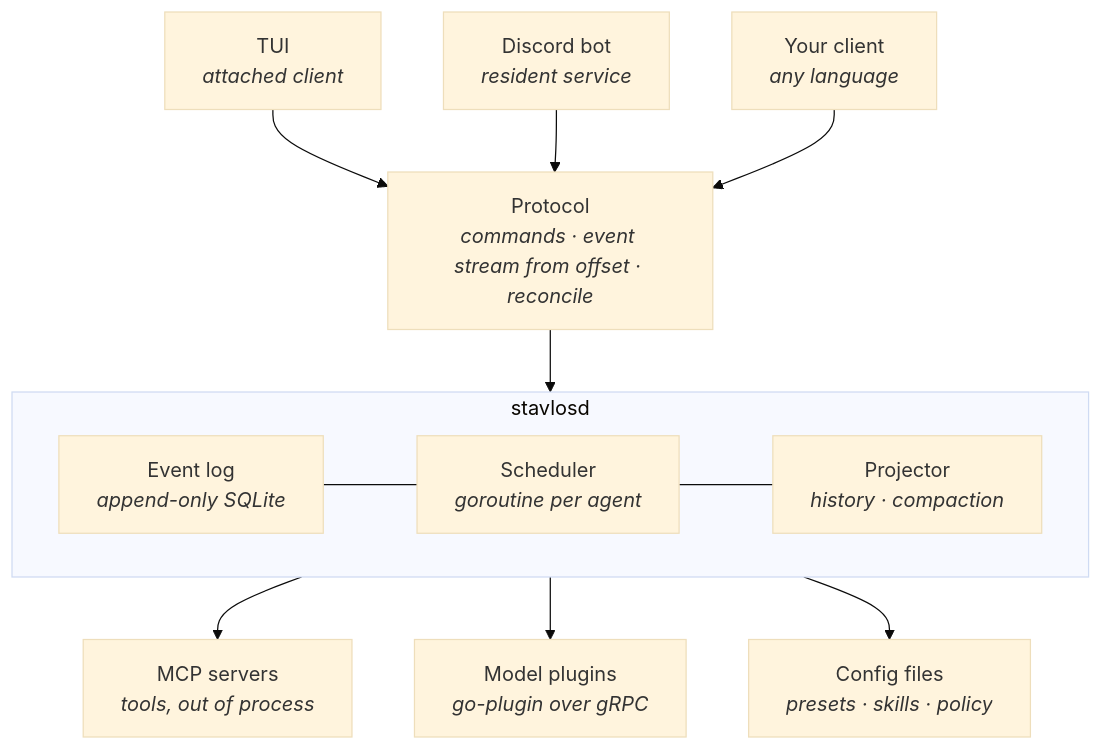
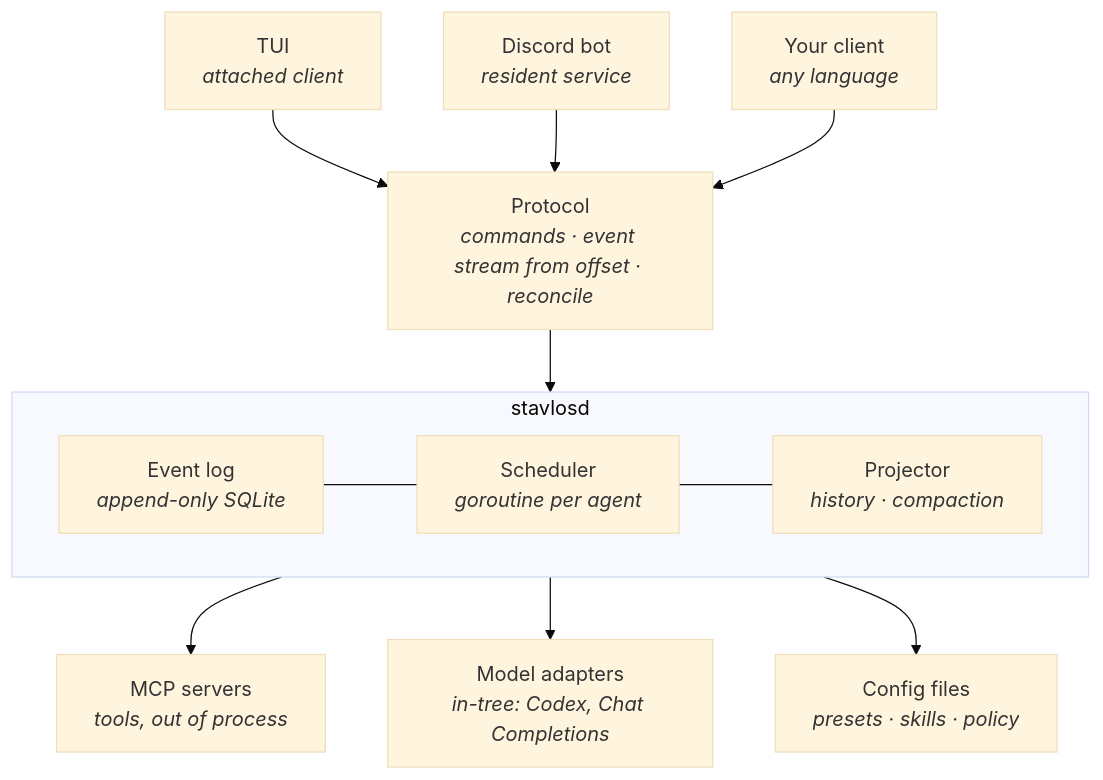
Before and after one commit to nicodes/stavlos: the first of 4 diagrams in docs/stavlos-prd.md, drawn with Mermaid (base theme). The commit also changed other lines of this file and 1 other file, not shown here.

````diff
--- a/docs/stavlos-prd.md
+++ b/docs/stavlos-prd.md
@@ -52,25 +52,25 @@
 ```mermaid
 flowchart TD
     TUI["TUI<br/><i>attached client</i>"]
     DISCORD["Discord bot<br/><i>resident service</i>"]
     OTHER["Your client<br/><i>any language</i>"]
 
     PROTO["Protocol<br/><i>commands · event stream from offset · reconcile</i>"]
 
     TUI --> PROTO
     DISCORD --> PROTO
     OTHER --> PROTO
     PROTO --> LOG
 
     subgraph DAEMON["stavlosd"]
         direction LR
         LOG["Event log<br/><i>append-only SQLite</i>"]
         SCHED["Scheduler<br/><i>goroutine per agent</i>"]
         PROJ["Projector<br/><i>history · compaction</i>"]
         LOG --- SCHED --- PROJ
     end
 
     DAEMON --> MCP["MCP servers<br/><i>tools, out of process</i>"]
-    DAEMON --> PLUG["Model plugins<br/><i>go-plugin over gRPC</i>"]
+    DAEMON --> PLUG["Model adapters<br/><i>in-tree: Codex, Chat Completions</i>"]
     DAEMON --> CFG["Config files<br/><i>presets · skills · policy</i>"]
 ```
````
